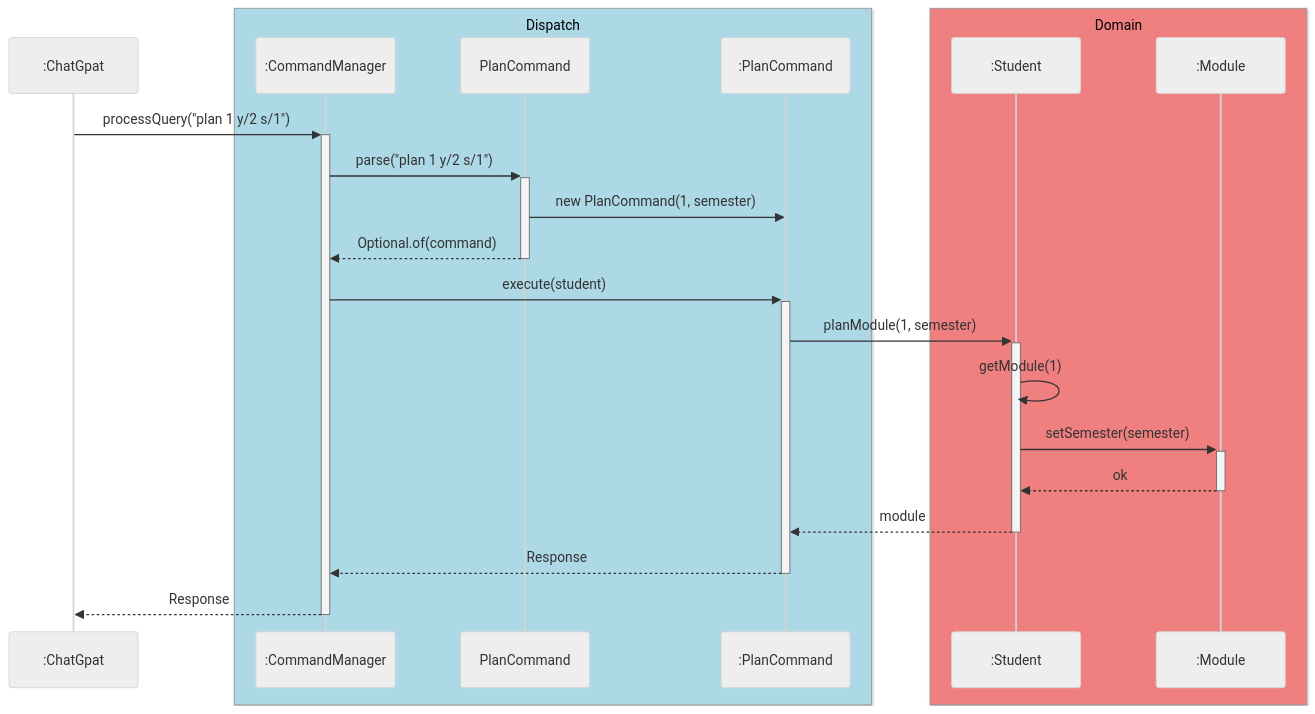
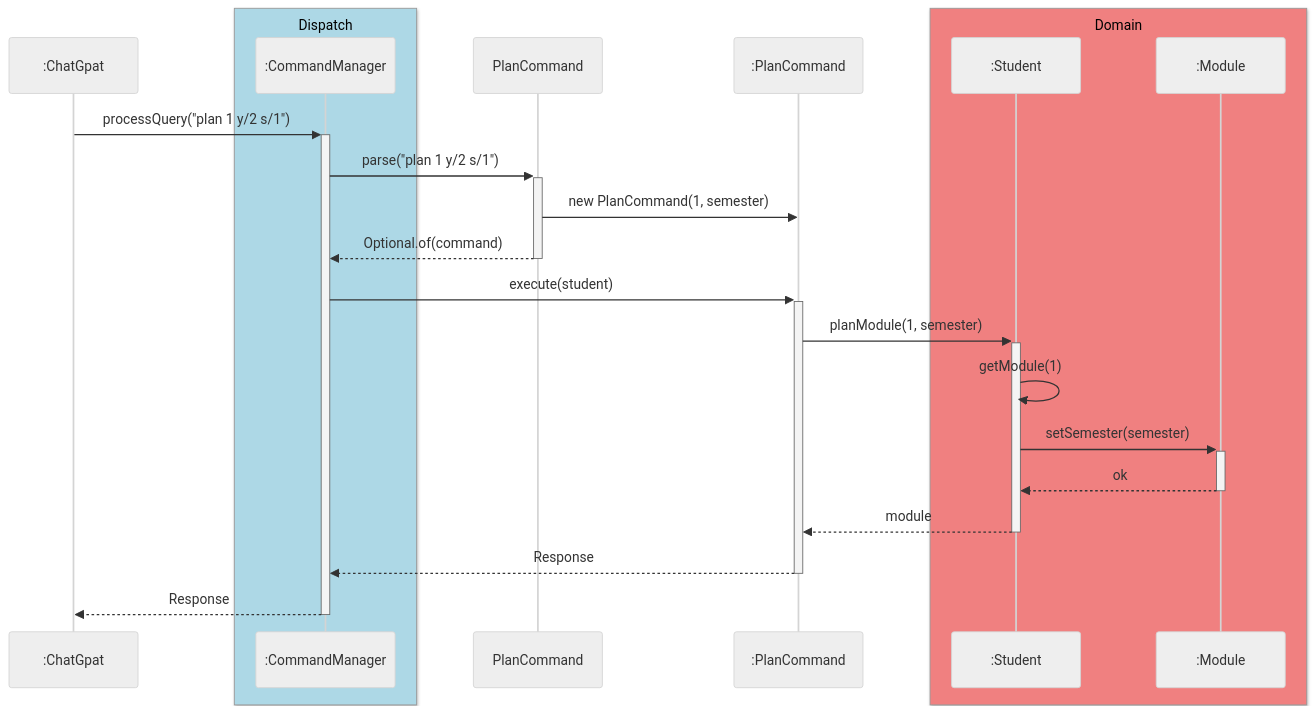
Before and after one commit to AY2627S1-CS2113-T11-2/tp: the eighth of 10 diagrams in docs/DeveloperGuide.md, drawn with Mermaid (neutral theme). The commit also changed other lines of this file, not shown here.

Commit message:
Fix diagram notation and layout in the Developer Guide

````diff
--- a/docs/DeveloperGuide.md
+++ b/docs/DeveloperGuide.md
@@ -367,26 +371,26 @@
 ```mermaid
 sequenceDiagram
-    participant Main as :ChatGpat
-    box LightBlue Dispatch
-        participant CM as :CommandManager
-        participant PC as PlanCommand
-        participant P as :PlanCommand
-    end
-    box LightCoral Domain
-        participant S as :Student
-        participant M as :Module
-    end
+  participant Main as :ChatGpat
+  box LightBlue Dispatch
+    participant CM as :CommandManager
+  end
+  participant PC as PlanCommand
+  participant P as :PlanCommand
+  box LightCoral Domain
+    participant S as :Student
+    participant M as :Module
+  end
 
-    Main->>+CM: processQuery("plan 1 y/2 s/1")
-    CM->>+PC: parse("plan 1 y/2 s/1")
-    PC->>P: new PlanCommand(1, semester)
-    PC-->>-CM: Optional.of(command)
-    CM->>+P: execute(student)
-    P->>+S: planModule(1, semester)
-    S->>S: getModule(1)
-    S->>+M: setSemester(semester)
-    M-->>-S: ok
-    S-->>-P: module
-    P-->>-CM: Response
-    CM-->>-Main: Response
+  Main->>+CM: processQuery("plan 1 y/2 s/1")
+  CM->>+PC: parse("plan 1 y/2 s/1")
+  PC->>P: new PlanCommand(1, semester)
+  PC-->>-CM: Optional.of(command)
+  CM->>+P: execute(student)
+  P->>+S: planModule(1, semester)
+  S->>S: getModule(1)
+  S->>+M: setSemester(semester)
+  M-->>-S: ok
+  S-->>-P: module
+  P-->>-CM: Response
+  CM-->>-Main: Response
 ```
````
